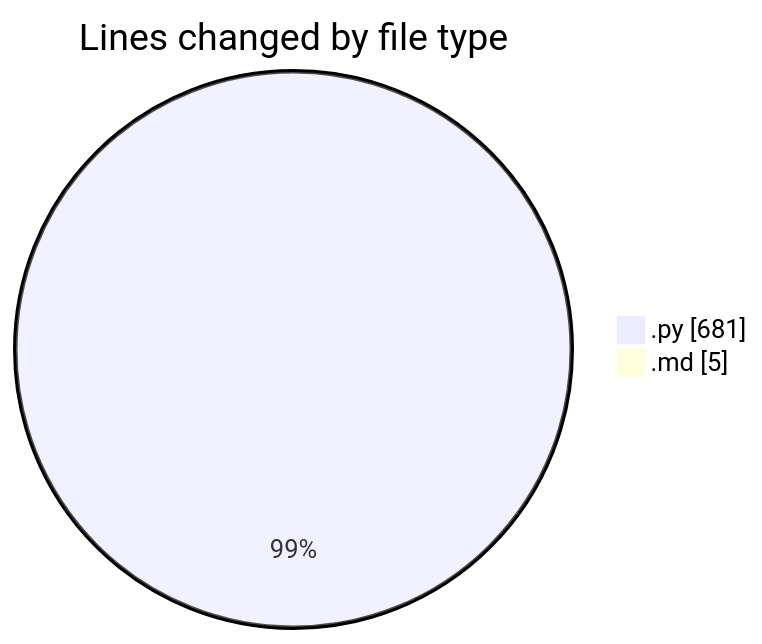
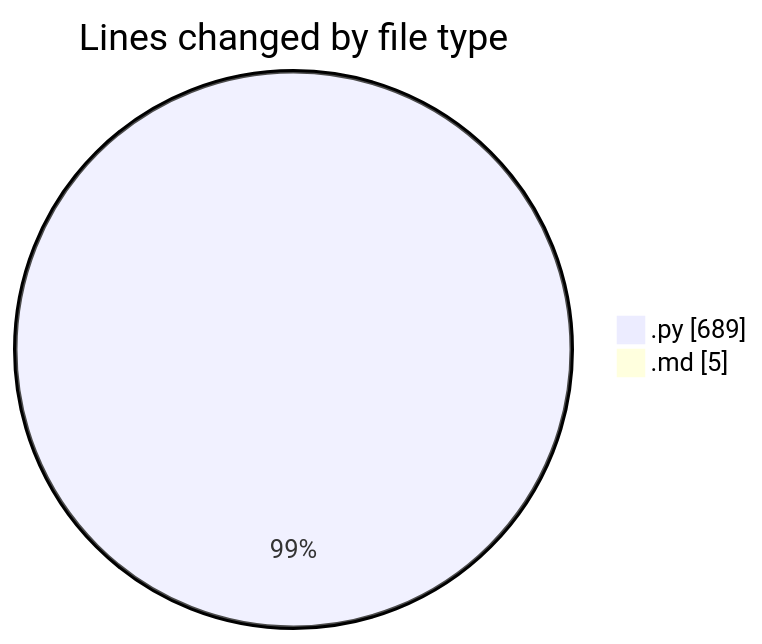
One commit to Ritupan-Deka/code-tracking changed the first of 2 diagrams in 2026-01-10/dsa/README.md. Above: the diagram before and after it, drawn with Mermaid. The commit also changed other lines of this file and 1 other file, not shown here.

````diff
--- a/2026-01-10/dsa/README.md
+++ b/2026-01-10/dsa/README.md
@@ -21,6 +21,6 @@
 ```mermaid
 pie showData
 title Lines changed by file type
-".py" : 681
+".py" : 689
 ".md" : 5
 ```
````
